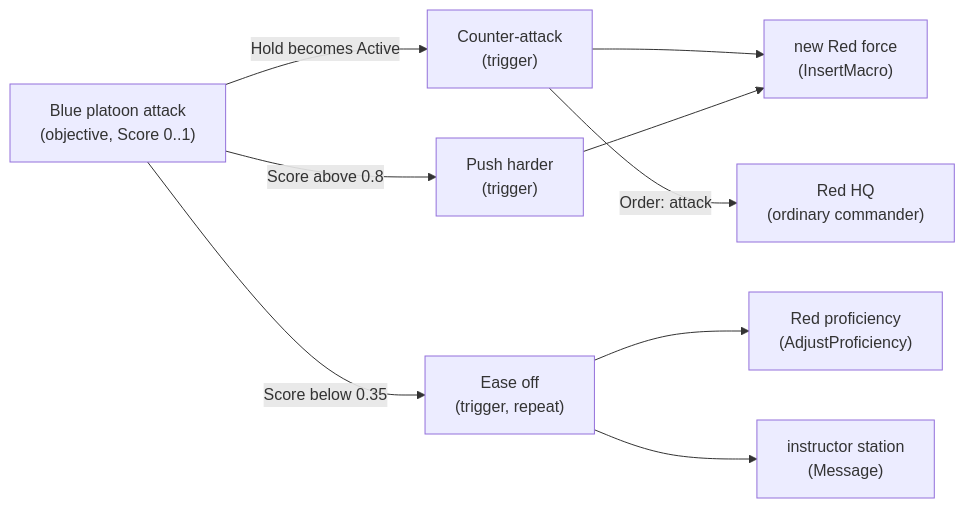
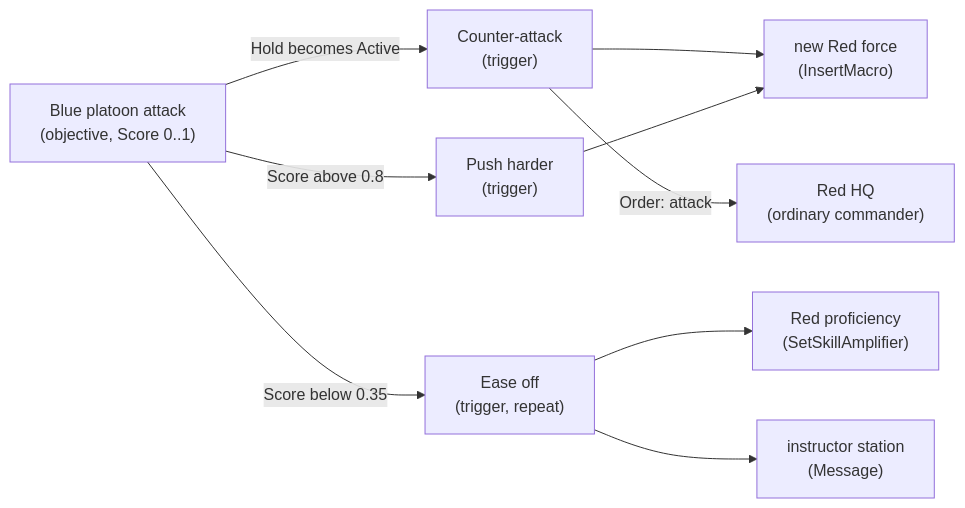
Diagram 12 of 15 in docs/EXPLAINER_Scenario_Evaluation_And_Direction.md (pjanec/HROT), drawn with Mermaid before and after one commit. The commit also changed other lines of this file and 2 other files, not shown here.

First line of the commit message:
docs: SR-100 reconciled with R-4106/P-5 (SetSkillAmplifier per side, tiers); SR-104 game-master mode — what is live today, Z1-Z7

````diff
--- a/docs/EXPLAINER_Scenario_Evaluation_And_Direction.md
+++ b/docs/EXPLAINER_Scenario_Evaluation_And_Direction.md
@@ -359,19 +359,19 @@
 ```mermaid
 graph LR
     BA["Blue platoon attack<br/>(objective, Score 0..1)"]
     T1["Counter-attack<br/>(trigger)"]
     T2["Ease off<br/>(trigger, repeat)"]
     T3["Push harder<br/>(trigger)"]
     RQ["new Red force<br/>(InsertMacro)"]
     RH["Red HQ<br/>(ordinary commander)"]
-    PR["Red proficiency<br/>(AdjustProficiency)"]
+    PR["Red proficiency<br/>(SetSkillAmplifier)"]
     IOS["instructor station<br/>(Message)"]
     BA -- "Hold becomes Active" --> T1
     BA -- "Score below 0.35" --> T2
     BA -- "Score above 0.8" --> T3
     T1 --> RQ
     T1 -- "Order: attack" --> RH
     T3 --> RQ
     T2 --> PR
     T2 --> IOS
 ```
````
